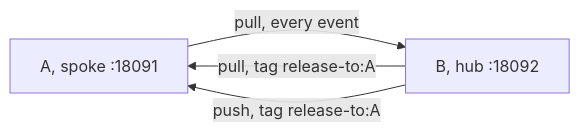
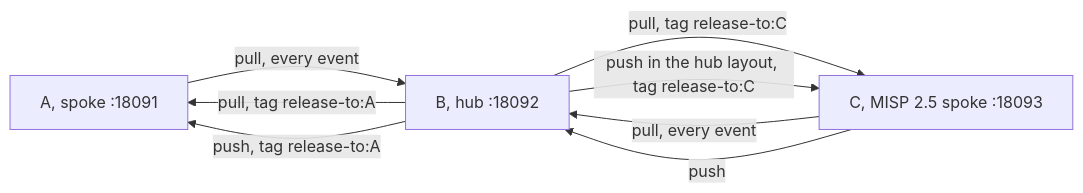
The diagram in tests/README.md (oivindoh/misp-container), drawn with Mermaid before and after one commit. The commit also changed other lines of this file and 3 other files, not shown here.

Commit message:
the hub-spoke suite syncs with a MISP 2.5 partner from the MISP project's own images, in both directions, so a 3.0 instance stays a working sync partner for 2.5

````diff
--- a/tests/README.md
+++ b/tests/README.md
@@ -154,6 +158,10 @@
 ```mermaid
 flowchart LR
     A[A, spoke :18091] -->|pull, every event| B[B, hub :18092]
     B -->|pull, tag release-to:A| A
     B -->|push, tag release-to:A| A
+    C[C, MISP 2.5 spoke :18093] -->|pull, every event| B
+    B -->|pull, tag release-to:C| C
+    C -->|push| B
+    B -->|push in the hub layout, tag release-to:C| C
 ```
````
